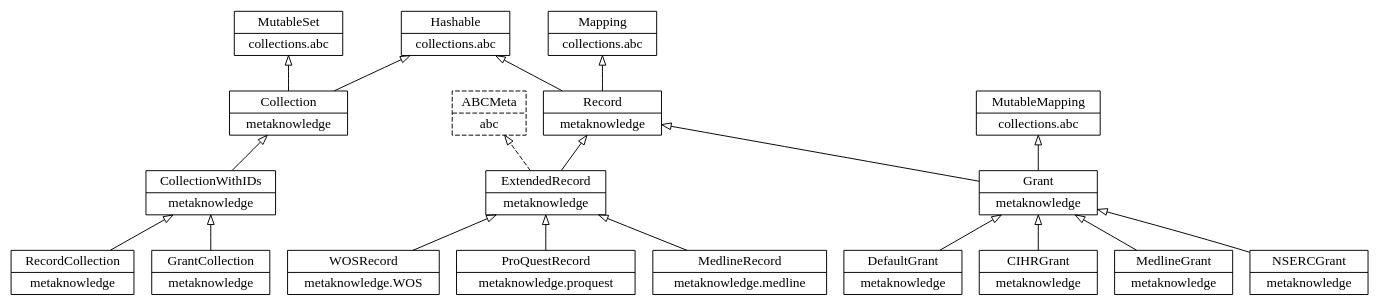
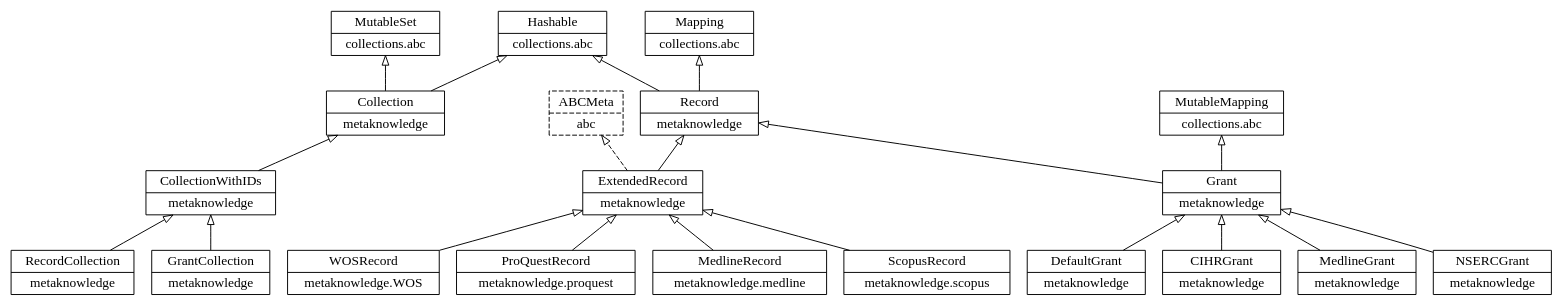
One commit to UWNETLAB/metaknowledge changed the diagram in inheritance-structure.dot. Above: the diagram before and after it, drawn with Graphviz. The commit also changed 11 other files, not shown here.

```diff
--- a/inheritance-structure.dot
+++ b/inheritance-structure.dot
@@ -1,66 +1,68 @@
 /*
 Class diagrams for metaknowledge
 */
 
 digraph Records {
     charset="utf-8";
     rankdir=BT;
     node [shape=record, fontname="Source Code Pro"];
     edge [arrowhead=empty, arrowsize=1];
     /*
     Object [label="{Object|builtin}"];
     */
     Mapping [label="{Mapping|collections.abc}"]
     Hashable [label="{Hashable|collections.abc}"]
     ABCMeta [label="{ABCMeta|abc}", style=dashed];
     MutableMapping [label="{MutableMapping|collections.abc}"]
 
     Record [label="{Record|metaknowledge}"];
     ExtendedRecord [label="{ExtendedRecord|metaknowledge}"];
     Grant [label="{Grant|metaknowledge}"];
 
     DefaultGrant [label="{DefaultGrant|metaknowledge}"];
     CIHRGrant [label="{CIHRGrant|metaknowledge}"];
     MedlineGrant [label="{MedlineGrant|metaknowledge}"];
     NSERCGrant [label="{NSERCGrant|metaknowledge}"];
 
     WOSRecord [label="{WOSRecord|metaknowledge.WOS}"];
     ProQuestRecord [label="{ProQuestRecord|metaknowledge.proquest}"];
     MedlineRecord [label="{MedlineRecord|metaknowledge.medline}"];
+    ScopusRecord [label="{ScopusRecord|metaknowledge.scopus}"];
 
     MutableSet [label="{MutableSet|collections.abc}"];
     Collection [label="{Collection|metaknowledge}"];
     CollectionWithIDs [label="{CollectionWithIDs|metaknowledge}"];
     RecordCollection [label="{RecordCollection|metaknowledge}"];
     GrantCollection [label="{GrantCollection|metaknowledge}"];
 
     /*
     Mapping -> Object;
     Hashable -> Object;
     */
 
     Record -> Hashable;
     Record -> Mapping;
 
     Collection -> MutableSet;
     Collection -> Hashable;
 
     Grant -> Record;
     Grant -> MutableMapping;
 
     DefaultGrant -> Grant;
     CIHRGrant -> Grant;
     MedlineGrant -> Grant;
     NSERCGrant -> Grant;
 
     ExtendedRecord -> ABCMeta [style=dashed];
     ExtendedRecord -> Record;
     WOSRecord -> ExtendedRecord;
     ProQuestRecord -> ExtendedRecord;
     MedlineRecord -> ExtendedRecord;
+    ScopusRecord -> ExtendedRecord;
 
     CollectionWithIDs -> Collection;
     RecordCollection -> CollectionWithIDs;
     GrantCollection -> CollectionWithIDs;
 
 }
```
